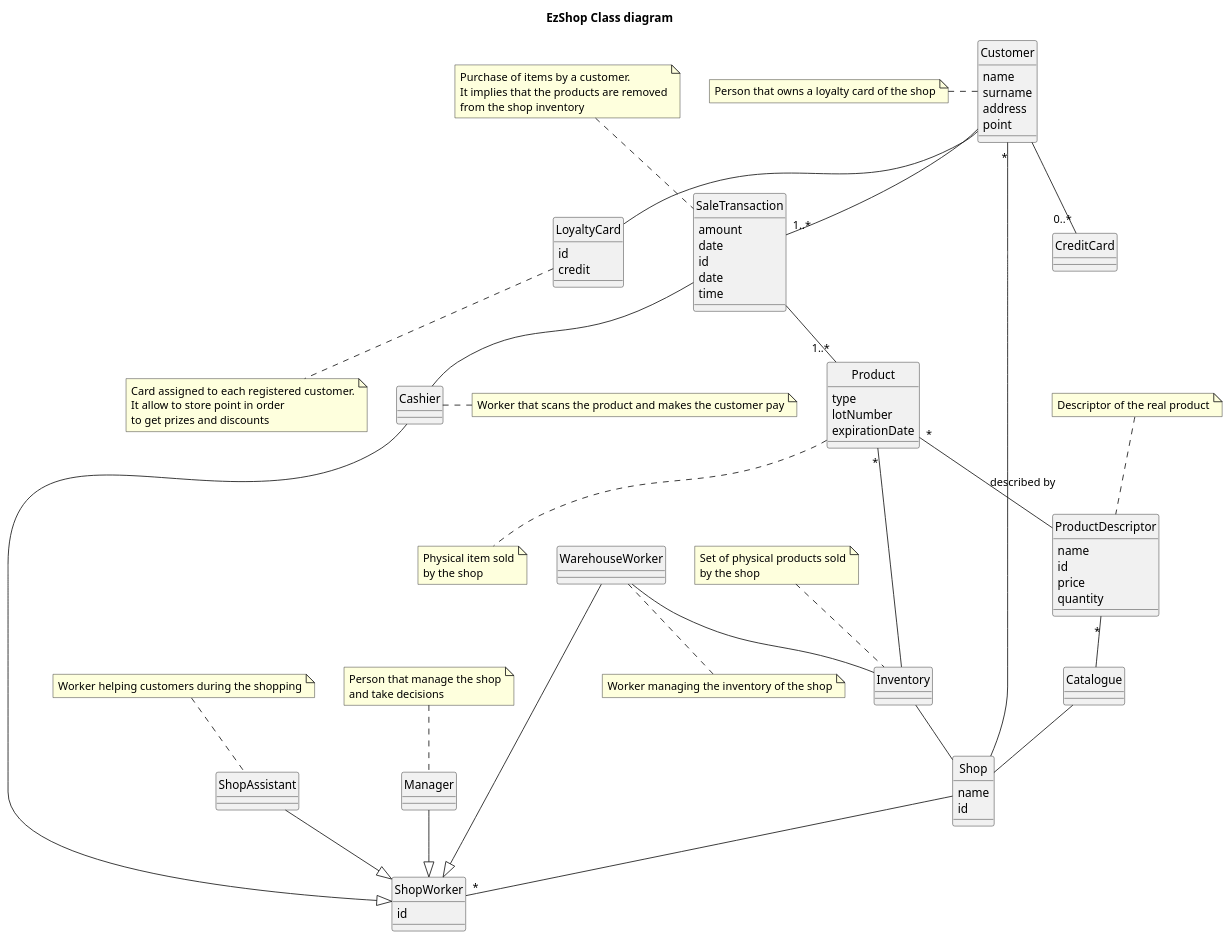
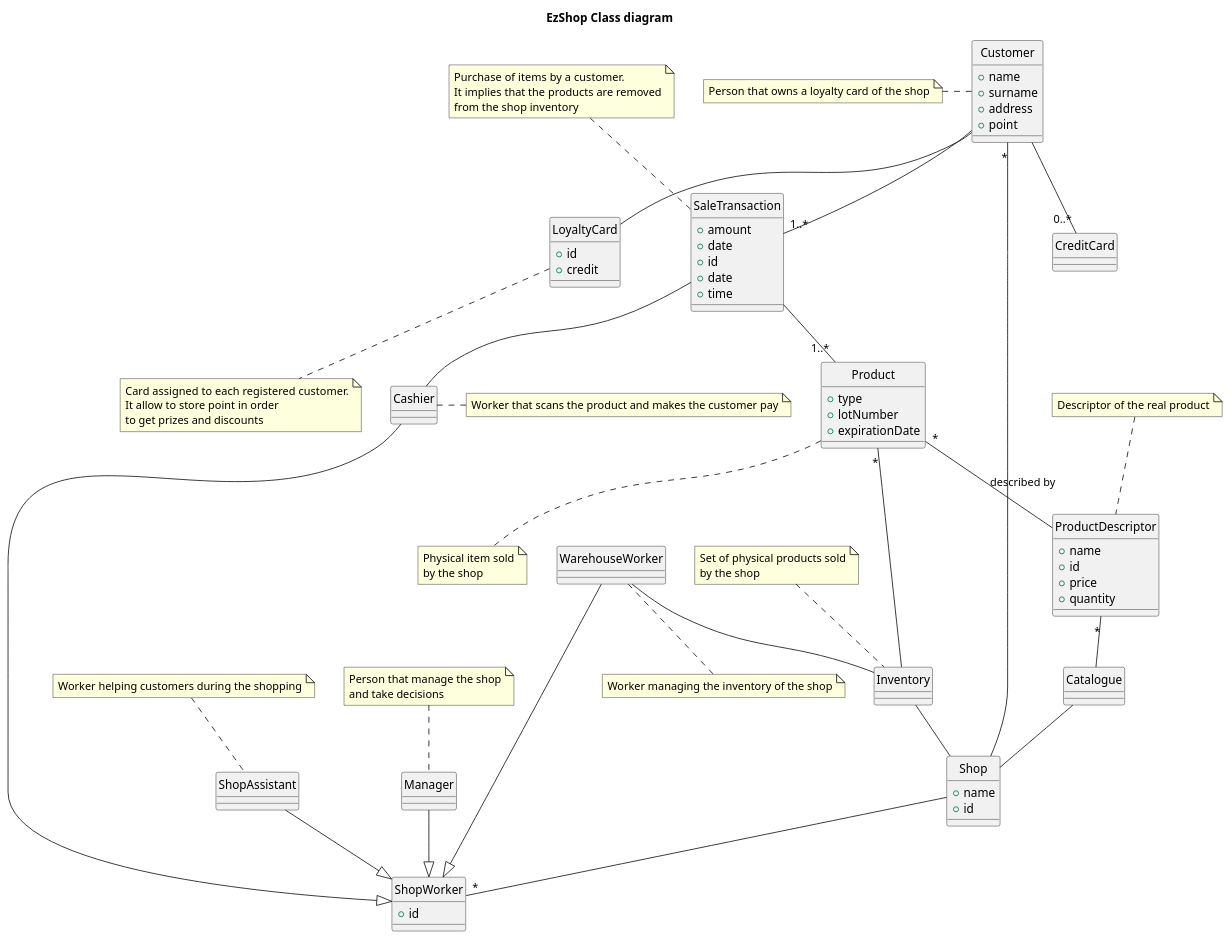
The second of 3 diagrams in Deliverables/RequirementsDocument.md (marco-ballario/EzShop), drawn with PlantUML before and after one commit. The commit also changed other lines of this file, not shown here.

Commit message:
docs: perform small corrections

````diff
--- a/Deliverables/RequirementsDocument.md
+++ b/Deliverables/RequirementsDocument.md
@@ -356,79 +355,78 @@
 ```plantuml
 @startuml EZShop
 skinparam style strictuml
 title EzShop Class diagram
 
 class Catalogue {}
 class Inventory {}
 
-
 class ProductDescriptor{
-    name
-    id
-    price 
-    quantity
+    +name
+    +id
+    +price 
+    +quantity
 }
 class Product {
-    type
-    lotNumber
-    expirationDate
+    +type
+    +lotNumber
+    +expirationDate
 }
 class LoyaltyCard {
-    id
-    credit
+    +id
+    +credit
 }
 class ShopWorker {
-    id
+    +id
 }
 class Customer {
-    name
-    surname
-    address
-    point
+    +name
+    +surname
+    +address
+    +point
 }
 class Cashier {}
 class ShopAssistant {}
 class Manager {}
 class WarehouseWorker {}
 class SaleTransaction {
-    amount
-    date
-    id
-    date
-    time
+    +amount
+    +date
+    +id
+    +date
+    +time
 }
 class Shop{
-    name
-    id
+    +name
+    +id
 }
 
 note top of Inventory: Set of physical products sold\nby the shop 
 note bottom of Product: Physical item sold\nby the shop 
 note top of ProductDescriptor: Descriptor of the real product
 note left of Customer: Person that owns a loyalty card of the shop 
 note top of SaleTransaction: Purchase of items by a customer.\nIt implies that the products are removed\nfrom the shop inventory
 note right of Cashier: Worker that scans the product and makes the customer pay
 note top of ShopAssistant: Worker helping customers during the shopping
 note top of Manager: Person that manage the shop\nand take decisions
 note bottom of WarehouseWorker: Worker managing the inventory of the shop
 note bottom of LoyaltyCard: Card assigned to each registered customer.\nIt allow to store point in order\nto get prizes and discounts
 
 WarehouseWorker -- Inventory
 Catalogue -- Shop
 Inventory -- Shop
 ProductDescriptor "*" -- Catalogue
 Product "*" -- Inventory
 Product "*" -- ProductDescriptor: described by
 Customer -- "0..*" CreditCard
 Cashier --|> ShopWorker
 ShopAssistant --|> ShopWorker
 Manager --|> ShopWorker
 WarehouseWorker --|> ShopWorker
 SaleTransaction -- Cashier
 SaleTransaction -- "1..*" Product
 Customer -- LoyaltyCard
 Shop -- "*" Customer
 Shop -- "*" ShopWorker
 Customer -- "1..*"SaleTransaction
 @enduml
 ```
````
